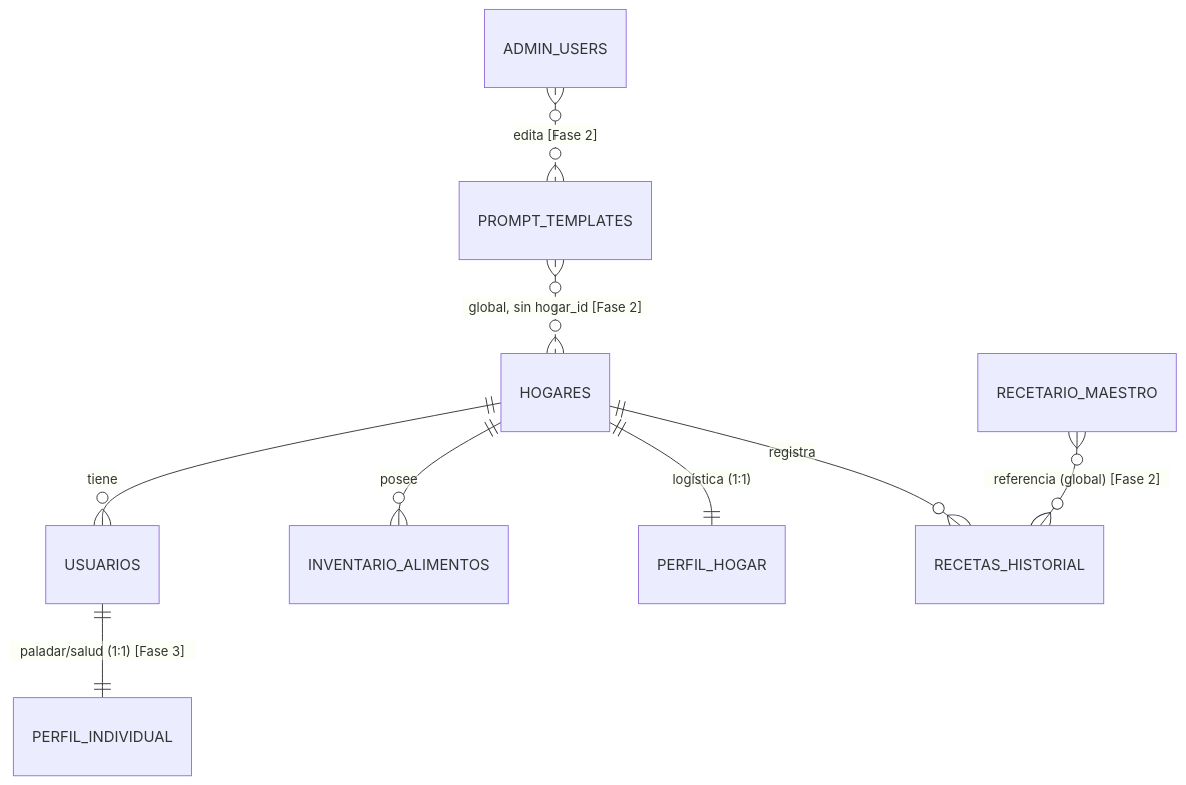
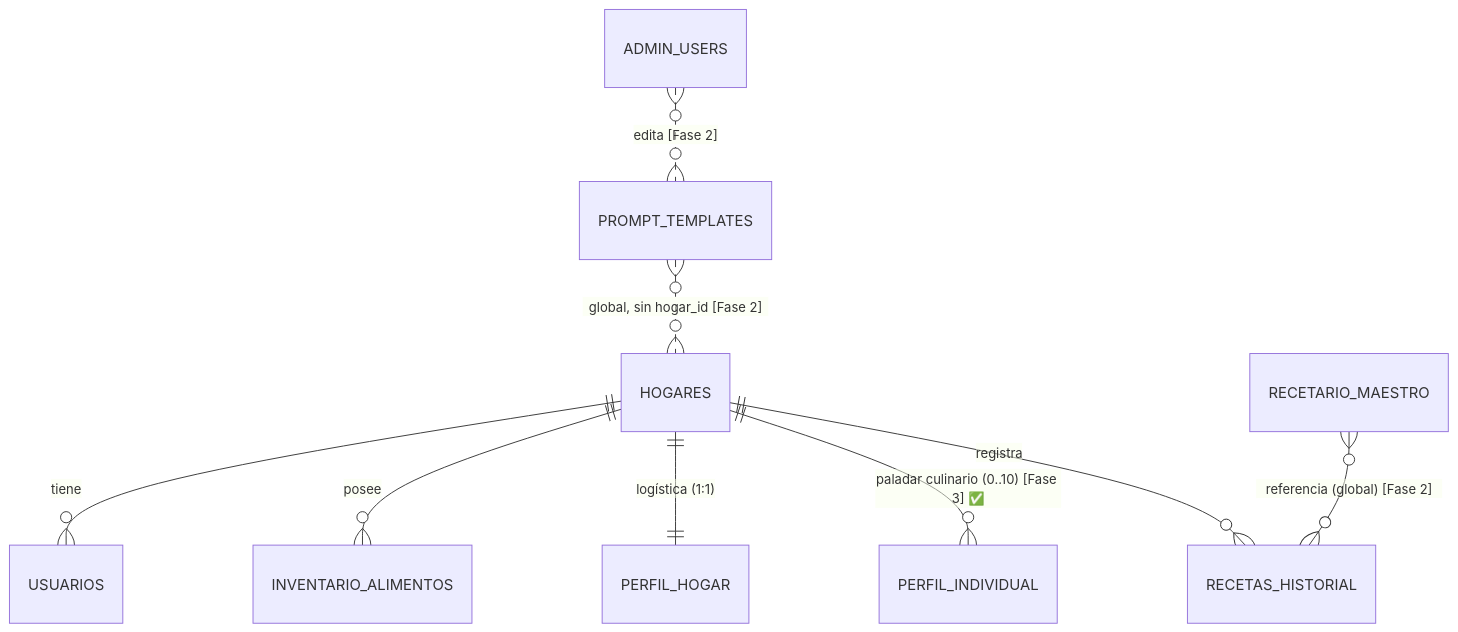
Before and after one commit to wallytown1/AsistenteHogar: the second of 3 diagrams in ARCHITECTURE_MAP.md, drawn with Mermaid. The commit also changed other lines of this file and 4 other files, not shown here.

````diff
--- a/ARCHITECTURE_MAP.md
+++ b/ARCHITECTURE_MAP.md
@@ -69,11 +71,11 @@
 ```mermaid
 erDiagram
     HOGARES ||--o{ USUARIOS : tiene
     HOGARES ||--o{ INVENTARIO_ALIMENTOS : posee
     HOGARES ||--|| PERFIL_HOGAR : "logística (1:1)"
-    USUARIOS ||--|| PERFIL_INDIVIDUAL : "paladar/salud (1:1) [Fase 3]"
+    HOGARES ||--o{ PERFIL_INDIVIDUAL : "paladar culinario (0..10) [Fase 3] ✅"
     HOGARES ||--o{ RECETAS_HISTORIAL : registra
     RECETARIO_MAESTRO }o--o{ RECETAS_HISTORIAL : "referencia (global) [Fase 2]"
     PROMPT_TEMPLATES }o..o{ HOGARES : "global, sin hogar_id [Fase 2]"
     ADMIN_USERS }o..o{ PROMPT_TEMPLATES : "edita [Fase 2]"
 ```
````
